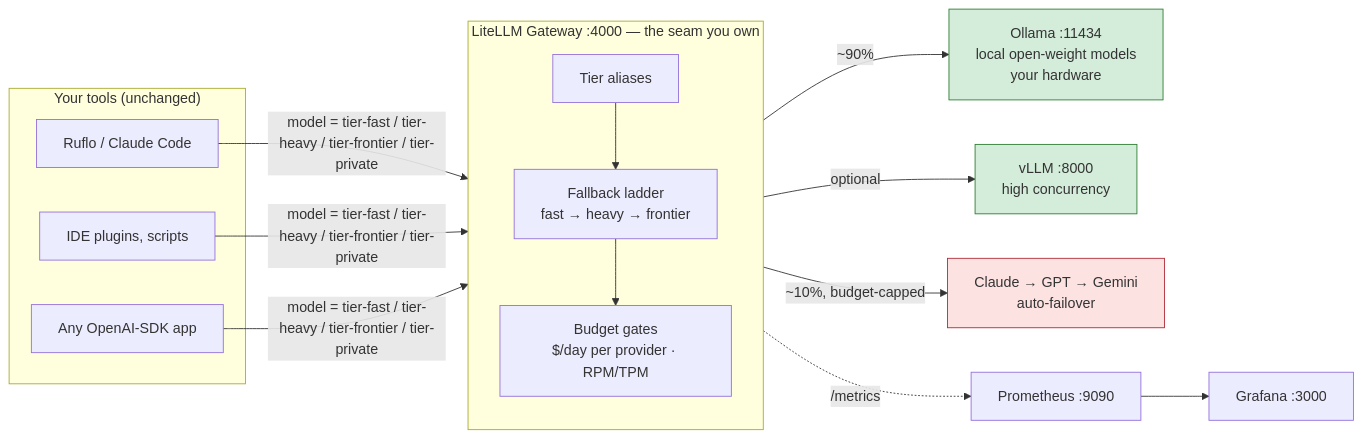
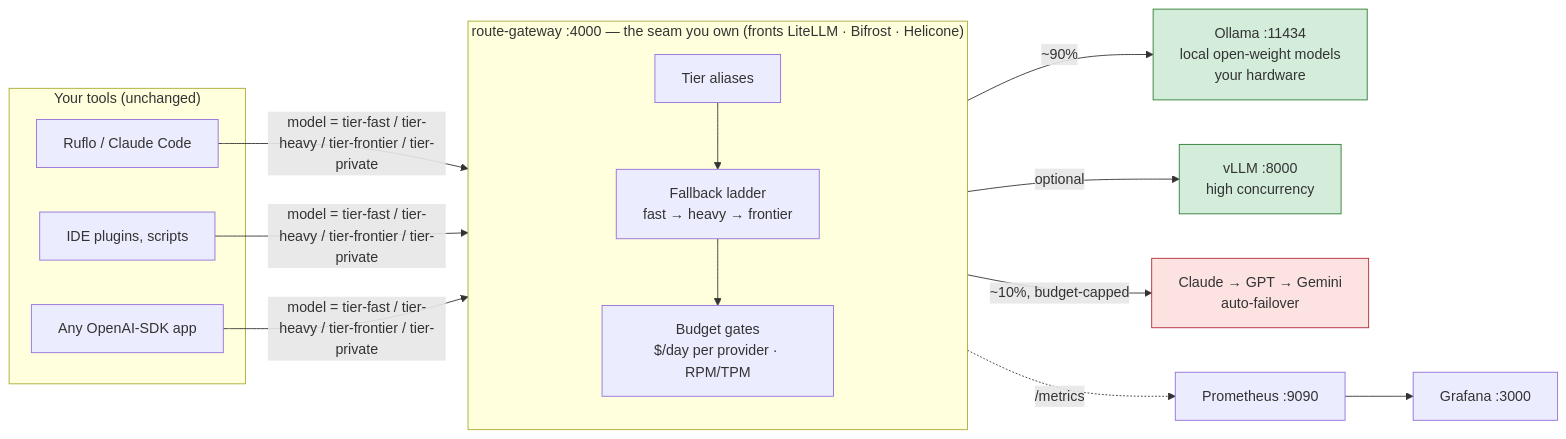
One commit to agentic-incubator/ruflo-local changed the diagram in docs/guide/getting-started-technical.md. Above: the diagram before and after it, drawn with Mermaid. The commit also changed other lines of this file and 107 other files, not shown here.

````diff
--- a/docs/guide/getting-started-technical.md
+++ b/docs/guide/getting-started-technical.md
@@ -18,20 +18,20 @@
 ```mermaid
 flowchart LR
     subgraph CLIENTS["Your tools (unchanged)"]
         C1[Ruflo / Claude Code]
         C2[IDE plugins, scripts]
         C3[Any OpenAI-SDK app]
     end
     C1 & C2 & C3 -->|"model = tier-fast / tier-heavy / tier-frontier / tier-private"| GW
-    subgraph GW["LiteLLM Gateway :4000 — the seam you own"]
+    subgraph GW["route-gateway :4000 — the seam you own (fronts LiteLLM · Bifrost · Helicone)"]
         AL["Tier aliases"] --> FB["Fallback ladder<br/>fast → heavy → frontier"]
         FB --> BG["Budget gates<br/>$/day per provider · RPM/TPM"]
     end
     GW -->|"~90%"| L1["Ollama :11434<br/>local open-weight models<br/>your hardware"]
     GW -->|"optional"| L2["vLLM :8000<br/>high concurrency"]
     GW -->|"~10%, budget-capped"| F["Claude → GPT → Gemini<br/>auto-failover"]
     GW -.->|/metrics| P[Prometheus :9090] --> G[Grafana :3000]
     style L1 fill:#d4edda,stroke:#2e7d32
     style L2 fill:#d4edda,stroke:#2e7d32
     style F fill:#fde2e2,stroke:#b02a37
 ```
````
